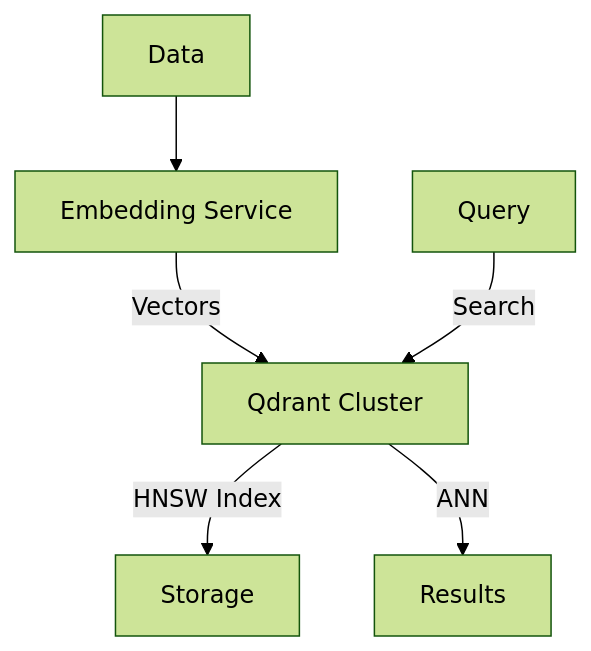
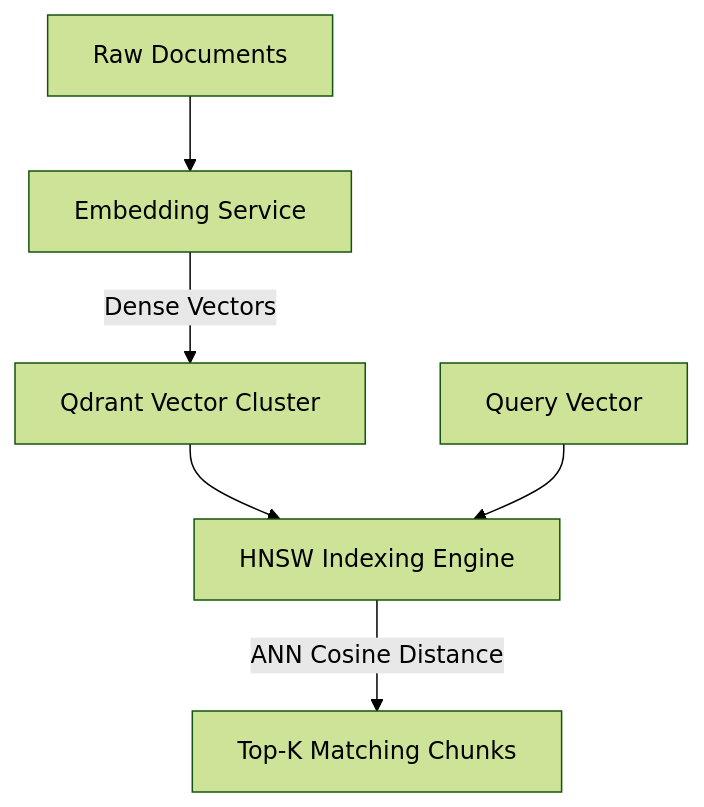
The eighth of 20 diagrams in genai_enterprise_usecases/ARCHITECTURE_GUIDE.md (sricheru/agentic-ai-portfolio), drawn with Mermaid (forest theme) before and after one commit. The commit also changed other lines of this file, not shown here.

Commit message:
fix(mermaid): resolve dagre-d3 edge collision in all 20 diagrams

````diff
--- a/genai_enterprise_usecases/ARCHITECTURE_GUIDE.md
+++ b/genai_enterprise_usecases/ARCHITECTURE_GUIDE.md
@@ -169,8 +174,8 @@
 ```mermaid
 graph TD
-    Data --> Embedder[Embedding Service]
-    Embedder -->|Vectors| Qdrant["Qdrant Cluster"]
-    Qdrant -->|HNSW Index| Storage
-    Query -->|Search| Qdrant
-    Qdrant -->|ANN| Results
+    RawData["Raw Documents"] --> Embedder["Embedding Service"]
+    Embedder -->|Dense Vectors| QdrantCluster["Qdrant Vector Cluster"]
+    QdrantCluster --> Index["HNSW Indexing Engine"]
+    QueryVector["Query Vector"] --> Index
+    Index -->|ANN Cosine Distance| RankedResults["Top-K Matching Chunks"]
 ```
````
